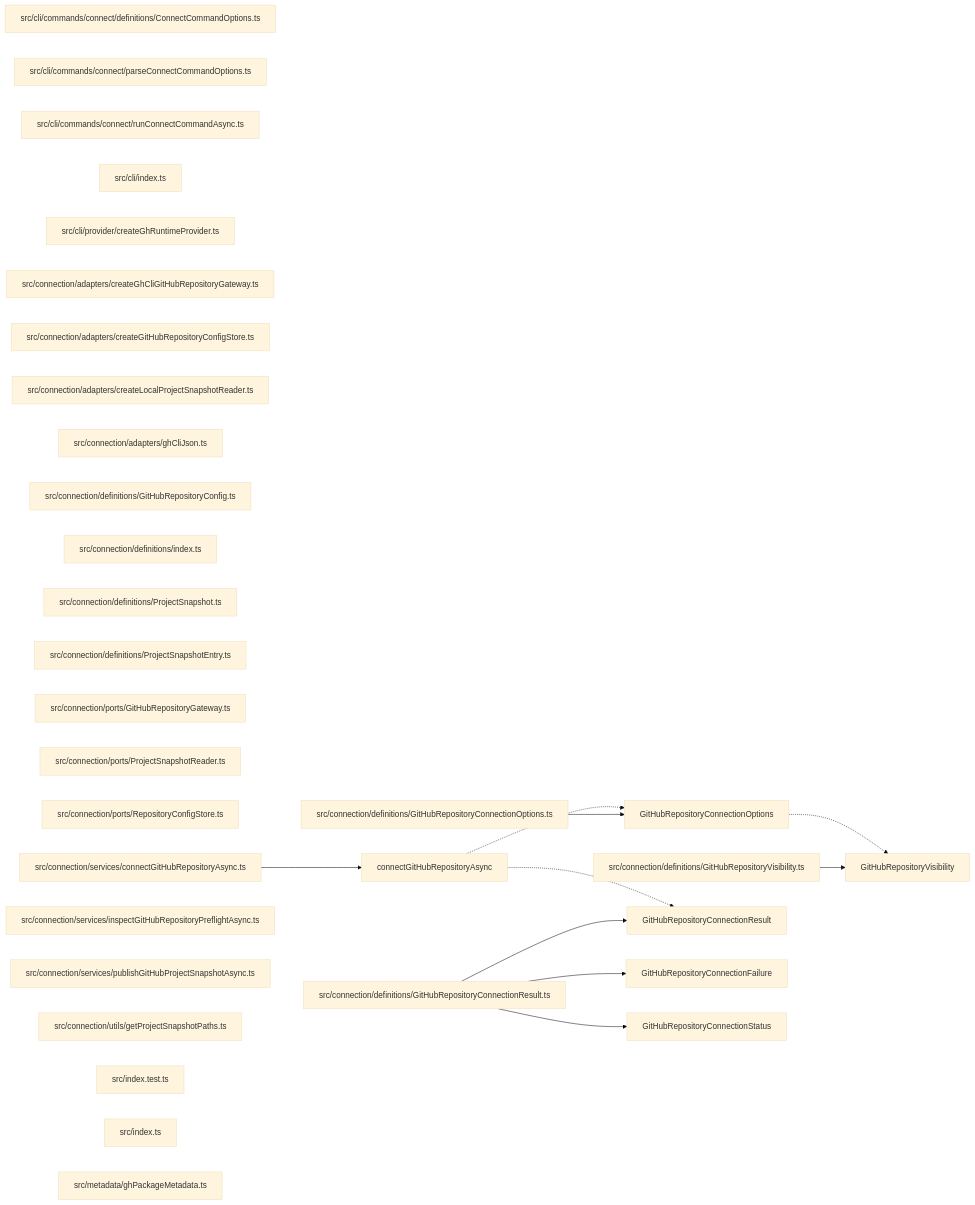
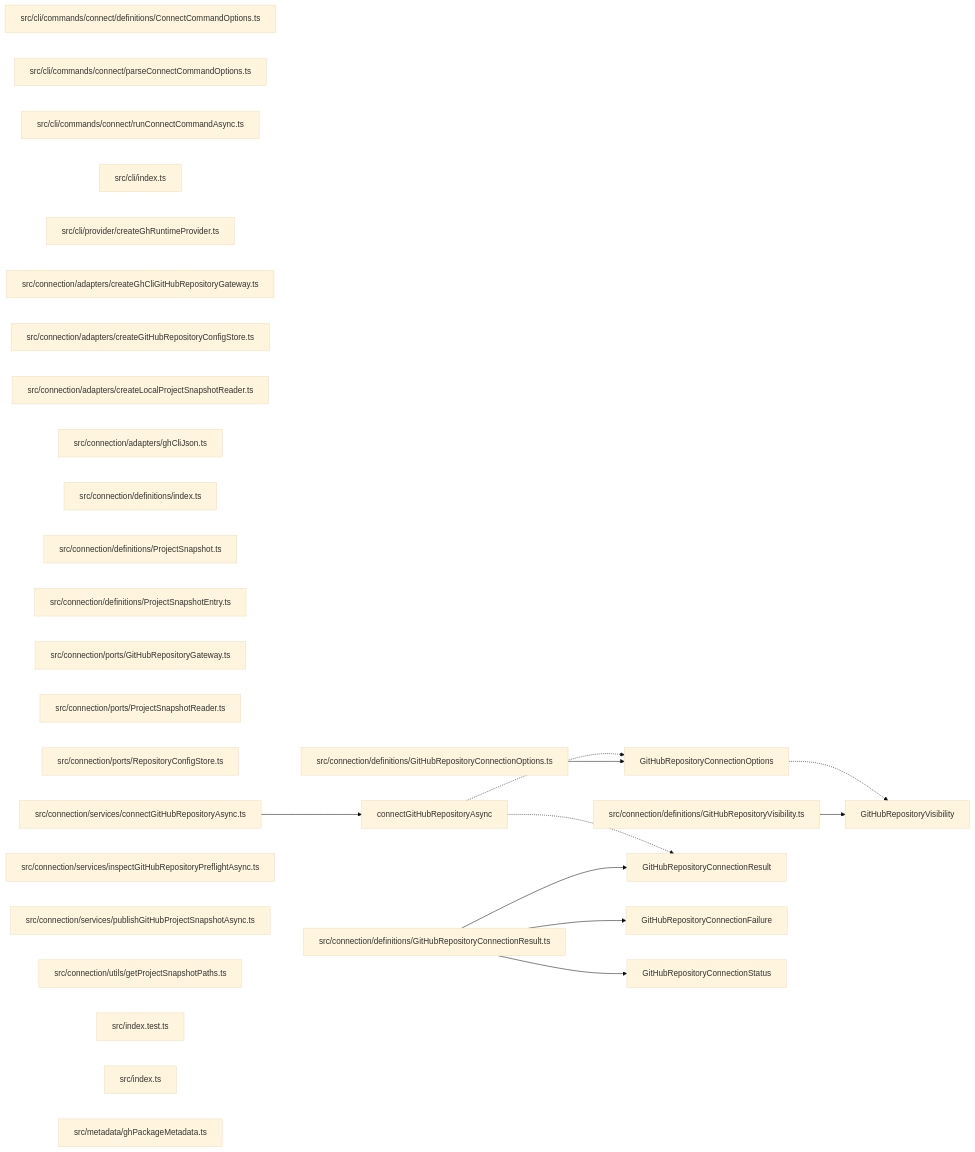
The diagram in paradox/diagrams/export-graph.mmd (ankhorage/gh), drawn with Mermaid (base theme) before and after one commit. The commit also changed 7 other files, not shown here.

```diff
--- a/paradox/diagrams/export-graph.mmd
+++ b/paradox/diagrams/export-graph.mmd
@@ -1,42 +1,41 @@
 graph LR
   module_src_cli_commands_connect_definitions_ConnectCommandOptions_ts["src/cli/commands/connect/definitions/ConnectCommandOptions.ts"]
   module_src_cli_commands_connect_parseConnectCommandOptions_ts["src/cli/commands/connect/parseConnectCommandOptions.ts"]
   module_src_cli_commands_connect_runConnectCommandAsync_ts["src/cli/commands/connect/runConnectCommandAsync.ts"]
   module_src_cli_index_ts["src/cli/index.ts"]
   module_src_cli_provider_createGhRuntimeProvider_ts["src/cli/provider/createGhRuntimeProvider.ts"]
   module_src_connection_adapters_createGhCliGitHubRepositoryGateway_ts["src/connection/adapters/createGhCliGitHubRepositoryGateway.ts"]
   module_src_connection_adapters_createGitHubRepositoryConfigStore_ts["src/connection/adapters/createGitHubRepositoryConfigStore.ts"]
   module_src_connection_adapters_createLocalProjectSnapshotReader_ts["src/connection/adapters/createLocalProjectSnapshotReader.ts"]
   module_src_connection_adapters_ghCliJson_ts["src/connection/adapters/ghCliJson.ts"]
-  module_src_connection_definitions_GitHubRepositoryConfig_ts["src/connection/definitions/GitHubRepositoryConfig.ts"]
   module_src_connection_definitions_GitHubRepositoryConnectionOptions_ts["src/connection/definitions/GitHubRepositoryConnectionOptions.ts"]
   module_src_connection_definitions_GitHubRepositoryConnectionResult_ts["src/connection/definitions/GitHubRepositoryConnectionResult.ts"]
   module_src_connection_definitions_GitHubRepositoryVisibility_ts["src/connection/definitions/GitHubRepositoryVisibility.ts"]
   module_src_connection_definitions_index_ts["src/connection/definitions/index.ts"]
   module_src_connection_definitions_ProjectSnapshot_ts["src/connection/definitions/ProjectSnapshot.ts"]
   module_src_connection_definitions_ProjectSnapshotEntry_ts["src/connection/definitions/ProjectSnapshotEntry.ts"]
   module_src_connection_ports_GitHubRepositoryGateway_ts["src/connection/ports/GitHubRepositoryGateway.ts"]
   module_src_connection_ports_ProjectSnapshotReader_ts["src/connection/ports/ProjectSnapshotReader.ts"]
   module_src_connection_ports_RepositoryConfigStore_ts["src/connection/ports/RepositoryConfigStore.ts"]
   module_src_connection_services_connectGitHubRepositoryAsync_ts["src/connection/services/connectGitHubRepositoryAsync.ts"]
   module_src_connection_services_inspectGitHubRepositoryPreflightAsync_ts["src/connection/services/inspectGitHubRepositoryPreflightAsync.ts"]
   module_src_connection_services_publishGitHubProjectSnapshotAsync_ts["src/connection/services/publishGitHubProjectSnapshotAsync.ts"]
   module_src_connection_utils_getProjectSnapshotPaths_ts["src/connection/utils/getProjectSnapshotPaths.ts"]
   module_src_index_test_ts["src/index.test.ts"]
   module_src_index_ts["src/index.ts"]
   module_src_metadata_ghPackageMetadata_ts["src/metadata/ghPackageMetadata.ts"]
   export_connectGitHubRepositoryAsync["connectGitHubRepositoryAsync"]
   module_src_connection_services_connectGitHubRepositoryAsync_ts --> export_connectGitHubRepositoryAsync
   export_connectGitHubRepositoryAsync -.-> export_GitHubRepositoryConnectionOptions
   export_connectGitHubRepositoryAsync -.-> export_GitHubRepositoryConnectionResult
   export_GitHubRepositoryConnectionFailure["GitHubRepositoryConnectionFailure"]
   module_src_connection_definitions_GitHubRepositoryConnectionResult_ts --> export_GitHubRepositoryConnectionFailure
   export_GitHubRepositoryConnectionOptions["GitHubRepositoryConnectionOptions"]
   module_src_connection_definitions_GitHubRepositoryConnectionOptions_ts --> export_GitHubRepositoryConnectionOptions
   export_GitHubRepositoryConnectionOptions -.-> export_GitHubRepositoryVisibility
   export_GitHubRepositoryConnectionResult["GitHubRepositoryConnectionResult"]
   module_src_connection_definitions_GitHubRepositoryConnectionResult_ts --> export_GitHubRepositoryConnectionResult
   export_GitHubRepositoryConnectionStatus["GitHubRepositoryConnectionStatus"]
   module_src_connection_definitions_GitHubRepositoryConnectionResult_ts --> export_GitHubRepositoryConnectionStatus
   export_GitHubRepositoryVisibility["GitHubRepositoryVisibility"]
   module_src_connection_definitions_GitHubRepositoryVisibility_ts --> export_GitHubRepositoryVisibility
```
